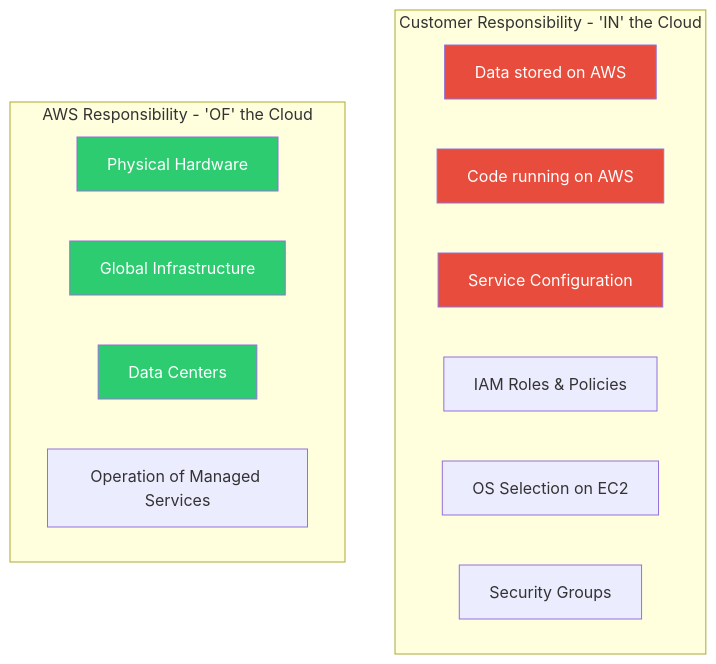
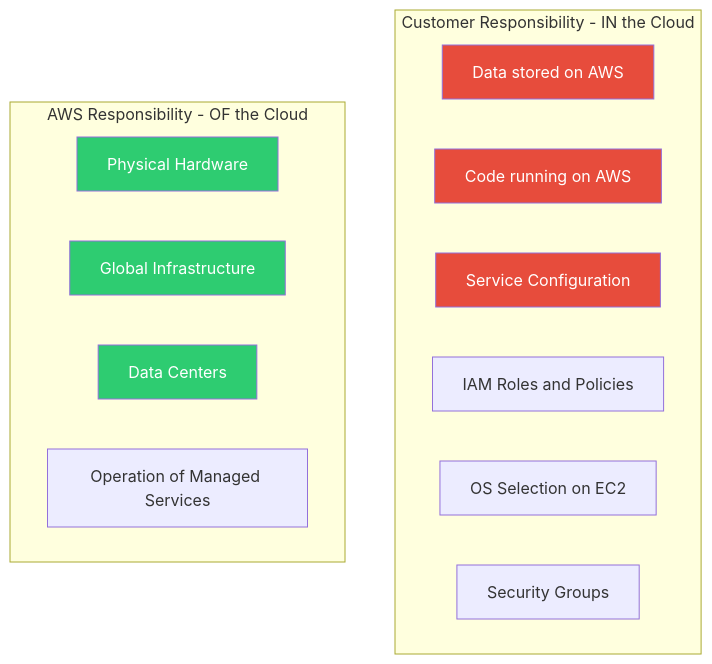
One commit to jtombo45/SeniorEngineerRoadmap changed the fifth of 10 diagrams in Cloud/AWS/AWS-Certifications/AWS-Cloud-Practitioner/README.md. Above: the diagram before and after it, drawn with Mermaid. The commit also changed other lines of this file, not shown here.

Commit message:
fixed diagrams for rendering

````diff
--- a/Cloud/AWS/AWS-Certifications/AWS-Cloud-Practitioner/README.md
+++ b/Cloud/AWS/AWS-Certifications/AWS-Cloud-Practitioner/README.md
@@ -266,25 +275,25 @@
 ```mermaid
-graph TB
-    subgraph "Customer Responsibility - 'IN' the Cloud"
+flowchart TB
+    subgraph Customer["Customer Responsibility - IN the Cloud"]
         A[Data stored on AWS]
         B[Code running on AWS]
         C[Service Configuration]
-        D[IAM Roles & Policies]
+        D[IAM Roles and Policies]
         E[OS Selection on EC2]
         F[Security Groups]
     end
     
-    subgraph "AWS Responsibility - 'OF' the Cloud"
+    subgraph AWS["AWS Responsibility - OF the Cloud"]
         G[Physical Hardware]
         H[Global Infrastructure]
         I[Data Centers]
         J[Operation of Managed Services]
     end
     
     style A fill:#E74C3C,color:#fff
     style B fill:#E74C3C,color:#fff
     style C fill:#E74C3C,color:#fff
     style G fill:#2ECC71,color:#fff
     style H fill:#2ECC71,color:#fff
     style I fill:#2ECC71,color:#fff
 ```
````
